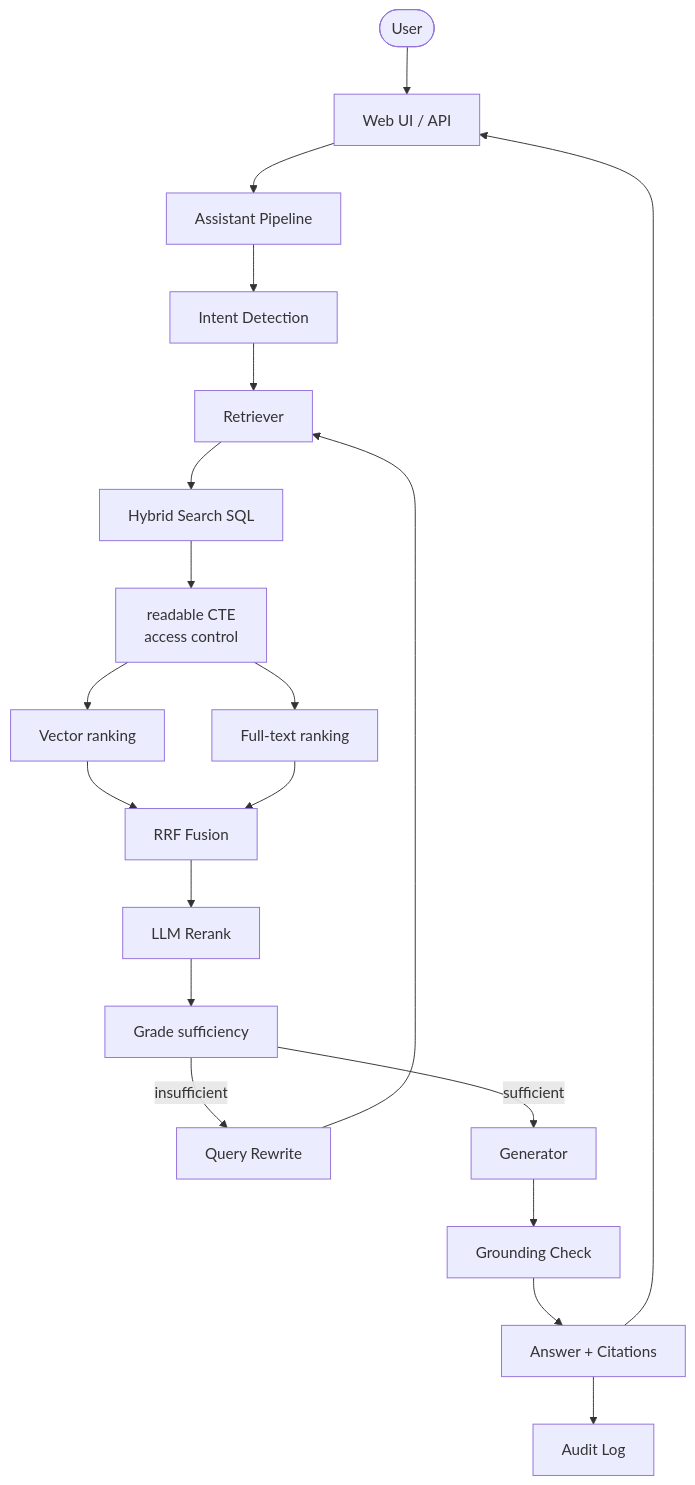
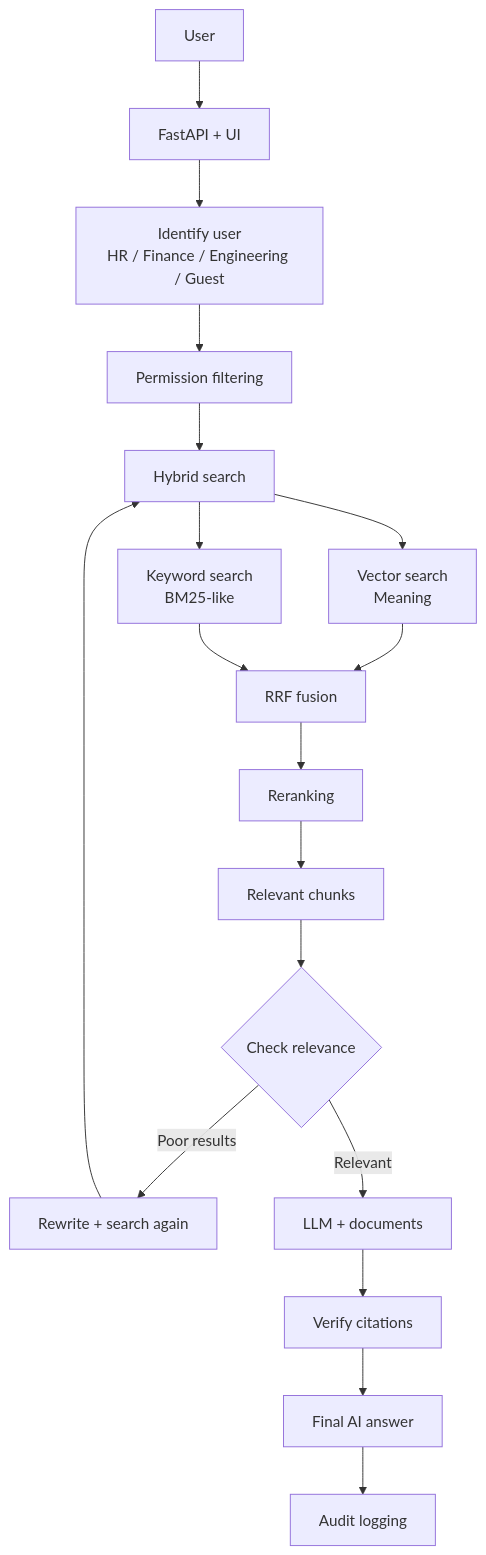
Before and after one commit to yash9614/project_oo1: the second of 2 diagrams in README.md, drawn with Mermaid. The commit also changed other lines of this file, not shown here.

Commit message:
Update architecture diagrams to match official Telusko notes (ingestion + query with corrective RAG)

````diff
--- a/README.md
+++ b/README.md
@@ -19,22 +35,20 @@
 ```mermaid
 flowchart TD
-    User([User]) --> Web[Web UI / API]
-    Web --> Assistant[Assistant Pipeline]
-    Assistant --> Intent[Intent Detection]
-    Intent --> Retriever[Retriever]
-    Retriever --> Hybrid[Hybrid Search SQL]
-    Hybrid --> Readable[readable CTE<br/>access control]
-    Readable --> Semantic[Vector ranking]
-    Readable --> Keyword[Full-text ranking]
-    Semantic --> Fuse[RRF Fusion]
-    Keyword --> Fuse
-    Fuse --> Rerank[LLM Rerank]
-    Rerank --> Grade[Grade sufficiency]
-    Grade -->|insufficient| Rewrite[Query Rewrite]
-    Rewrite --> Retriever
-    Grade -->|sufficient| Generator[Generator]
-    Generator --> Ground[Grounding Check]
-    Ground --> Answer[Answer + Citations]
-    Answer --> Audit[Audit Log]
-    Answer --> Web
+    U[User] --> API[FastAPI + UI]
+    API --> ID[Identify user<br/>HR / Finance / Engineering / Guest]
+    ID --> PF[Permission filtering]
+    PF --> HS[Hybrid search]
+    HS --> VS[Vector search<br/>Meaning]
+    HS --> KS[Keyword search<br/>BM25-like]
+    VS --> RRF[RRF fusion]
+    KS --> RRF
+    RRF --> RR[Reranking]
+    RR --> RC[Relevant chunks]
+    RC --> GR{Check relevance}
+    GR -->|Poor results| RW[Rewrite + search again]
+    RW --> HS
+    GR -->|Relevant| GEN[LLM + documents]
+    GEN --> VER[Verify citations]
+    VER --> ANS[Final AI answer]
+    ANS --> AUD[Audit logging]
 ```
````
